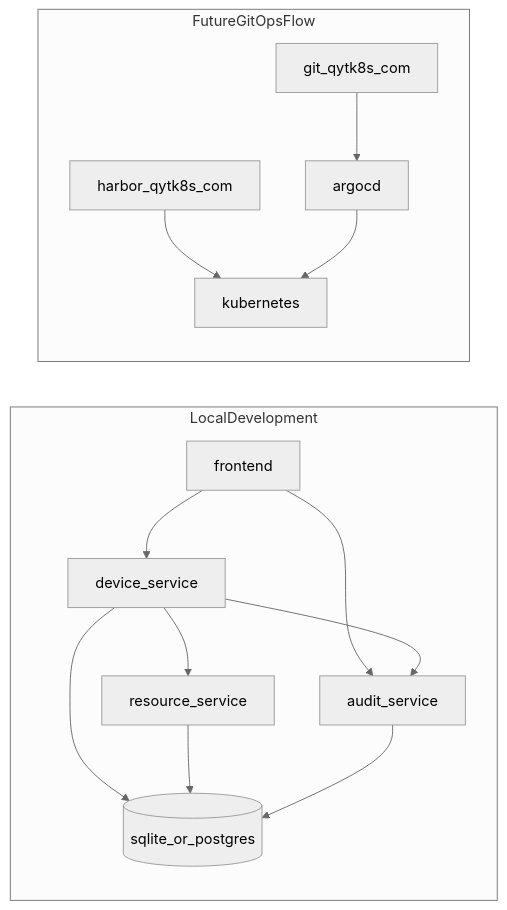
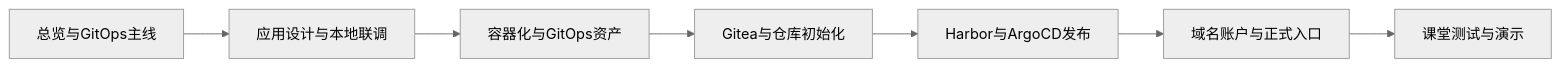
The diagram in k8s/06-gitops-and-automation/docs/01_chapter_guide.md (hwang-protocol/docker_k8s_2026), drawn with Mermaid (neutral theme) before and after one commit. The commit also changed other lines of this file and 29 other files, not shown here.

````diff
--- a/k8s/06-gitops-and-automation/docs/01_chapter_guide.md
+++ b/k8s/06-gitops-and-automation/docs/01_chapter_guide.md
@@ -85,27 +29,17 @@
 ```mermaid
 flowchart LR
-    subgraph dev [LocalDevelopment]
-        frontend[frontend]
-        deviceService[device_service]
-        resourceService[resource_service]
-        auditService[audit_service]
-        db[(sqlite_or_postgres)]
-        frontend --> deviceService
-        frontend --> auditService
-        deviceService --> resourceService
-        deviceService --> auditService
-        deviceService --> db
-        resourceService --> db
-        auditService --> db
-    end
+  overview[总览与GitOps主线]
+  preview[应用设计与本地联调]
+  assets[容器化与GitOps资产]
+  gitea[Gitea与仓库初始化]
+  release[Harbor与ArgoCD发布]
+  entry[域名账户与正式入口]
+  demo[课堂测试与演示]
 
-    subgraph delivery [FutureGitOpsFlow]
-        repo[git_qytk8s_com]
-        harbor[harbor_qytk8s_com]
-        argocd[argocd]
-        k8s[kubernetes]
-        repo --> argocd
-        harbor --> k8s
-        argocd --> k8s
-    end
+  overview --> preview
+  preview --> assets
+  assets --> gitea
+  gitea --> release
+  release --> entry
+  entry --> demo
 ```
````
